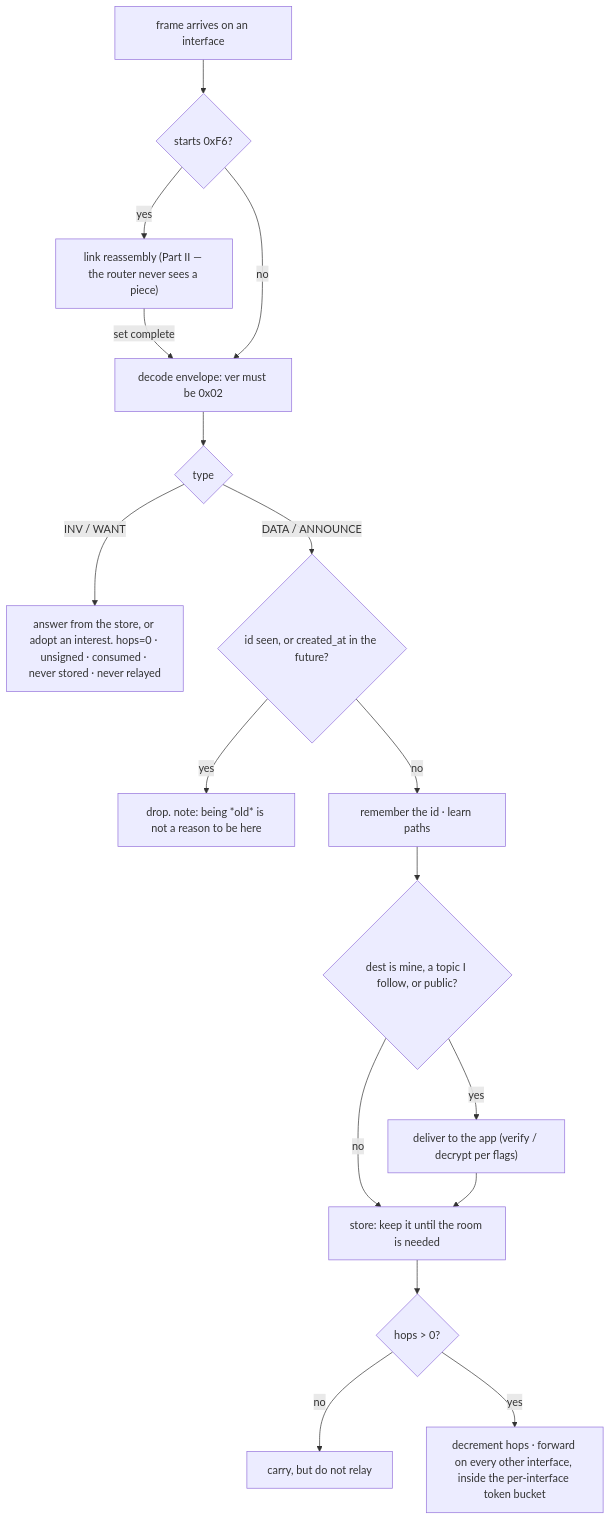
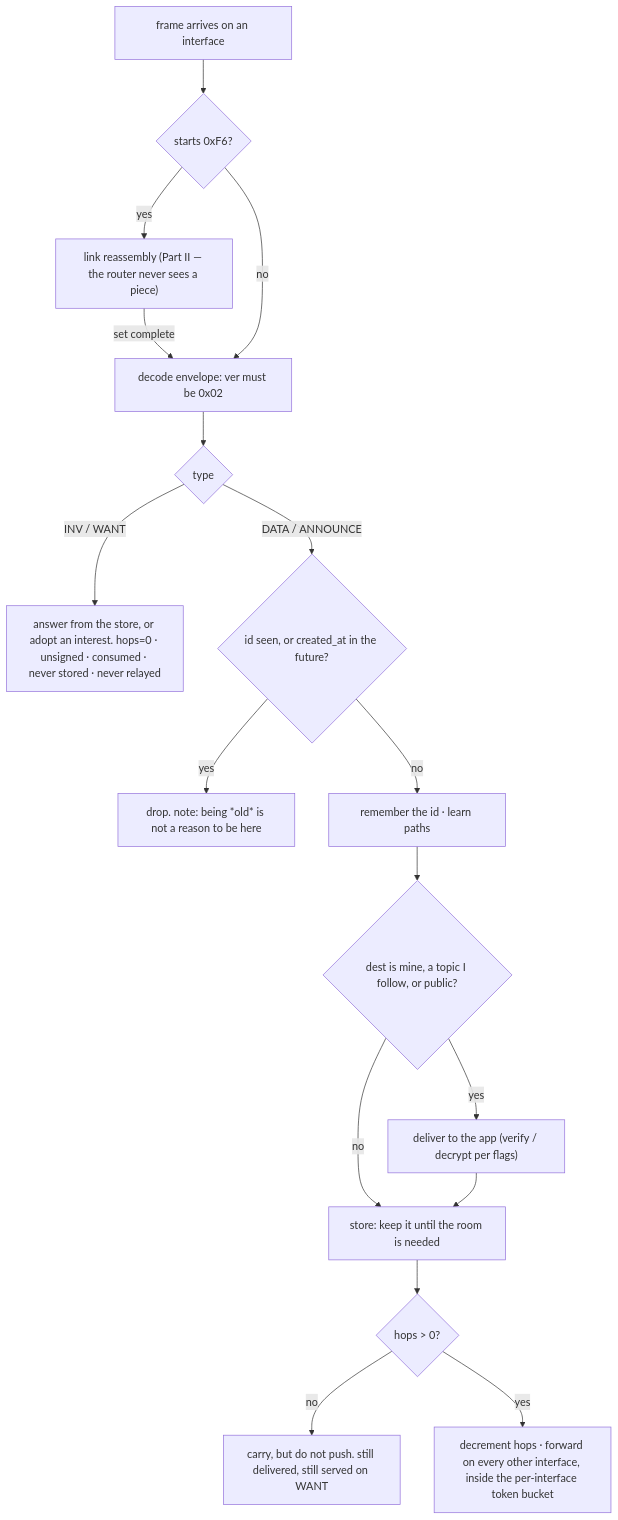
One commit to sloev/spore changed the fourth of 13 diagrams in docs/SPEC.md. Above: the diagram before and after it, drawn with Mermaid. The commit also changed other lines of this file and 2 other files, not shown here.

First line of the commit message:
docs: hops bounds push, not reach

````diff
--- a/docs/SPEC.md
+++ b/docs/SPEC.md
@@ -266,19 +266,19 @@
 ```mermaid
 flowchart TB
   RX["frame arrives on an interface"] --> FRAG{"starts 0xF6?"}
   FRAG -->|yes| REASM["link reassembly (Part II — the router never sees a piece)"]
   REASM -->|"set complete"| DEC
   FRAG -->|no| DEC["decode envelope: ver must be 0x02"]
   DEC --> CTRL{"type"}
   CTRL -->|"INV / WANT"| CONSUME["answer from the store, or adopt an interest. hops=0 · unsigned · consumed · never stored · never relayed"]
   CTRL -->|"DATA / ANNOUNCE"| SEEN{"id seen, or created_at in the future?"}
   SEEN -->|yes| DROP["drop. note: being *old* is not a reason to be here"]
   SEEN -->|no| MARK["remember the id · learn paths"]
   MARK --> MINE{"dest is mine, a topic I follow, or public?"}
   MINE -->|yes| DELIVER["deliver to the app (verify / decrypt per flags)"]
   MINE -->|no| STORE
   DELIVER --> STORE["store: keep it until the room is needed"]
   STORE --> HOPS{"hops > 0?"}
-  HOPS -->|no| STOP["carry, but do not relay"]
+  HOPS -->|no| STOP["carry, but do not push. still delivered, still served on WANT"]
   HOPS -->|yes| FWD["decrement hops · forward on every other interface, inside the per-interface token bucket"]
 ```
````
